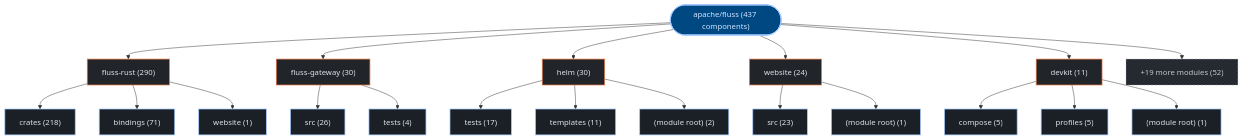
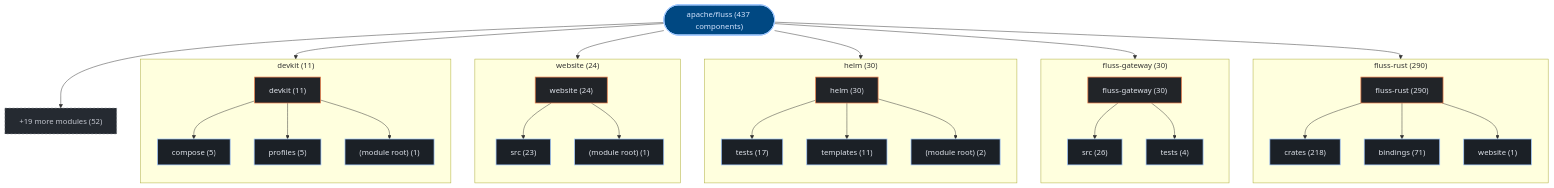
One commit to kumarshaz/atruss-code-atlas changed the first of 3 diagrams in exports/latest/reports/apache-fluss-report.md. Above: the diagram before and after it, drawn with Mermaid. The commit also changed 178 other files, not shown here.

Commit message:
feat(ui,mermaid): upgrade to mermaid v12 + ELK layout, add orgs-summary + pagination, subgraph building blocks, fix tab alignment

````diff
--- a/exports/latest/reports/apache-fluss-report.md
+++ b/exports/latest/reports/apache-fluss-report.md
@@ -42,49 +42,64 @@
 ```mermaid
 graph TD;
   classDef atlasRoot fill:#004882,stroke:#a3c9ff,stroke-width:2px,color:#d3e4ff
   classDef atlasCategory fill:#212428,stroke:#E87A48,stroke-width:1.5px,color:#dfe3eb
   classDef atlasWorkflow fill:#1b2026,stroke:#a3c9ff,stroke-width:1.5px,color:#dfe3eb
   classDef atlasJob fill:#171c22,stroke:#8d9199,stroke-width:1px,color:#dfe3eb
   classDef atlasTarget fill:#005227,stroke:#8bd99b,stroke-width:1.5px,color:#a7f6b6
   classDef atlasAlert fill:#93000a,stroke:#ffb4ab,stroke-width:1.5px,color:#ffdad6
   classDef atlasMore fill:#252a31,stroke:#8d9199,stroke-dasharray:4 4,color:#c3c6cf
     repo_root(["apache/fluss (437 components)"]):::atlasRoot
-    dir_0_fluss_rust["fluss-rust (290)"]:::atlasCategory
+    subgraph sg_dir_0_fluss_rust["fluss-rust (290)"]
+      direction TB
+      dir_0_fluss_rust["fluss-rust (290)"]:::atlasCategory
+      sub_0_0_crates["crates (218)"]:::atlasWorkflow
+      dir_0_fluss_rust --> sub_0_0_crates
+      sub_0_1_bindings["bindings (71)"]:::atlasWorkflow
+      dir_0_fluss_rust --> sub_0_1_bindings
+      sub_0_2_website["website (1)"]:::atlasWorkflow
+      dir_0_fluss_rust --> sub_0_2_website
+    end
     repo_root --> dir_0_fluss_rust
-    sub_0_0_crates["crates (218)"]:::atlasWorkflow
-    dir_0_fluss_rust --> sub_0_0_crates
-    sub_0_1_bindings["bindings (71)"]:::atlasWorkflow
-    dir_0_fluss_rust --> sub_0_1_bindings
-    sub_0_2_website["website (1)"]:::atlasWorkflow
-    dir_0_fluss_rust --> sub_0_2_website
-    dir_1_fluss_gateway["fluss-gateway (30)"]:::atlasCategory
+    subgraph sg_dir_1_fluss_gateway["fluss-gateway (30)"]
+      direction TB
+      dir_1_fluss_gateway["fluss-gateway (30)"]:::atlasCategory
+      sub_1_0_src["src (26)"]:::atlasWorkflow
+      dir_1_fluss_gateway --> sub_1_0_src
+      sub_1_1_tests["tests (4)"]:::atlasWorkflow
+      dir_1_fluss_gateway --> sub_1_1_tests
+    end
     repo_root --> dir_1_fluss_gateway
-    sub_1_0_src["src (26)"]:::atlasWorkflow
-    dir_1_fluss_gateway --> sub_1_0_src
-    sub_1_1_tests["tests (4)"]:::atlasWorkflow
-    dir_1_fluss_gateway --> sub_1_1_tests
-    dir_2_helm["helm (30)"]:::atlasCategory
+    subgraph sg_dir_2_helm["helm (30)"]
+      direction TB
+      dir_2_helm["helm (30)"]:::atlasCategory
+      sub_2_0_tests["tests (17)"]:::atlasWorkflow
+      dir_2_helm --> sub_2_0_tests
+      sub_2_1_templates["templates (11)"]:::atlasWorkflow
+      dir_2_helm --> sub_2_1_templates
+      sub_2_2__module_root_["(module root) (2)"]:::atlasWorkflow
+      dir_2_helm --> sub_2_2__module_root_
+    end
     repo_root --> dir_2_helm
-    sub_2_0_tests["tests (17)"]:::atlasWorkflow
-    dir_2_helm --> sub_2_0_tests
-    sub_2_1_templates["templates (11)"]:::atlasWorkflow
-    dir_2_helm --> sub_2_1_templates
-    sub_2_2__module_root_["(module root) (2)"]:::atlasWorkflow
-    dir_2_helm --> sub_2_2__module_root_
-    dir_3_website["website (24)"]:::atlasCategory
+    subgraph sg_dir_3_website["website (24)"]
+      direction TB
+      dir_3_website["website (24)"]:::atlasCategory
+      sub_3_0_src["src (23)"]:::atlasWorkflow
+      dir_3_website --> sub_3_0_src
+      sub_3_1__module_root_["(module root) (1)"]:::atlasWorkflow
+      dir_3_website --> sub_3_1__module_root_
+    end
     repo_root --> dir_3_website
-    sub_3_0_src["src (23)"]:::atlasWorkflow
-    dir_3_website --> sub_3_0_src
-    sub_3_1__module_root_["(module root) (1)"]:::atlasWorkflow
-    dir_3_website --> sub_3_1__module_root_
-    dir_4_devkit["devkit (11)"]:::atlasCategory
+    subgraph sg_dir_4_devkit["devkit (11)"]
+      direction TB
+      dir_4_devkit["devkit (11)"]:::atlasCategory
+      sub_4_0_compose["compose (5)"]:::atlasWorkflow
+      dir_4_devkit --> sub_4_0_compose
+      sub_4_1_profiles["profiles (5)"]:::atlasWorkflow
+      dir_4_devkit --> sub_4_1_profiles
+      sub_4_2__module_root_["(module root) (1)"]:::atlasWorkflow
+      dir_4_devkit --> sub_4_2__module_root_
+    end
     repo_root --> dir_4_devkit
-    sub_4_0_compose["compose (5)"]:::atlasWorkflow
-    dir_4_devkit --> sub_4_0_compose
-    sub_4_1_profiles["profiles (5)"]:::atlasWorkflow
-    dir_4_devkit --> sub_4_1_profiles
-    sub_4_2__module_root_["(module root) (1)"]:::atlasWorkflow
-    dir_4_devkit --> sub_4_2__module_root_
     dir_other_modules["+19 more modules (52)"]:::atlasMore
     repo_root --> dir_other_modules
 ```
````
